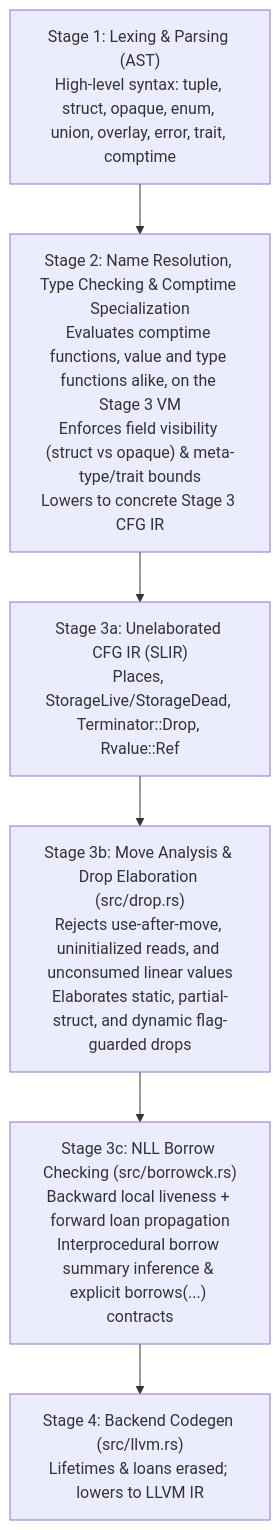
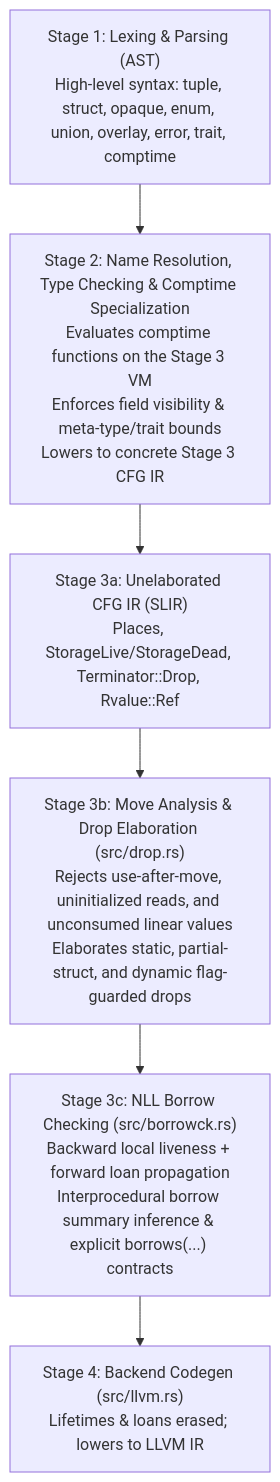
Before and after one commit to adam-frisby/SlopLang: the diagram in DESIGN.md, drawn with Mermaid.

Commit message:
Fit Mermaid pipeline diagram to width in DESIGN.md

````diff
--- a/DESIGN.md
+++ b/DESIGN.md
@@ -15,9 +15,11 @@
 ```mermaid
 flowchart TD
-    S1["Stage 1: Lexing & Parsing (AST)<br/>High-level syntax: tuple, struct, opaque, enum, union, overlay, error, trait, comptime"] --> S2
-    S2["Stage 2: Name Resolution, Type Checking & Comptime Specialization<br/>Evaluates comptime functions, value and type functions alike, on the Stage 3 VM<br/>Enforces field visibility (struct vs opaque) & meta-type/trait bounds<br/>Lowers to concrete Stage 3 CFG IR"] --> S3A
-    S3A["Stage 3a: Unelaborated CFG IR (SLIR)<br/>Places, StorageLive/StorageDead, Terminator::Drop, Rvalue::Ref"] --> S3B
-    S3B["Stage 3b: Move Analysis & Drop Elaboration (src/drop.rs)<br/>Rejects use-after-move, uninitialized reads, and unconsumed linear values<br/>Elaborates static, partial-struct, and dynamic flag-guarded drops"] --> S3C
-    S3C["Stage 3c: NLL Borrow Checking (src/borrowck.rs)<br/>Backward local liveness + forward loan propagation<br/>Interprocedural borrow summary inference & explicit borrows(...) contracts"] --> S4
+    S1["Stage 1: Lexing & Parsing (AST)<br/>High-level syntax: tuple, struct, opaque, enum, union, overlay, error, trait, comptime"]
+    S2["Stage 2: Name Resolution, Type Checking & Comptime Specialization<br/>Evaluates comptime functions on the Stage 3 VM<br/>Enforces field visibility & meta-type/trait bounds<br/>Lowers to concrete Stage 3 CFG IR"]
+    S3A["Stage 3a: Unelaborated CFG IR (SLIR)<br/>Places, StorageLive/StorageDead, Terminator::Drop, Rvalue::Ref"]
+    S3B["Stage 3b: Move Analysis & Drop Elaboration (src/drop.rs)<br/>Rejects use-after-move, uninitialized reads, and unconsumed linear values<br/>Elaborates static, partial-struct, and dynamic flag-guarded drops"]
+    S3C["Stage 3c: NLL Borrow Checking (src/borrowck.rs)<br/>Backward local liveness + forward loan propagation<br/>Interprocedural borrow summary inference & explicit borrows(...) contracts"]
     S4["Stage 4: Backend Codegen (src/llvm.rs)<br/>Lifetimes & loans erased; lowers to LLVM IR"]
+
+    S1 --> S2 --> S3A --> S3B --> S3C --> S4
 ```
````
